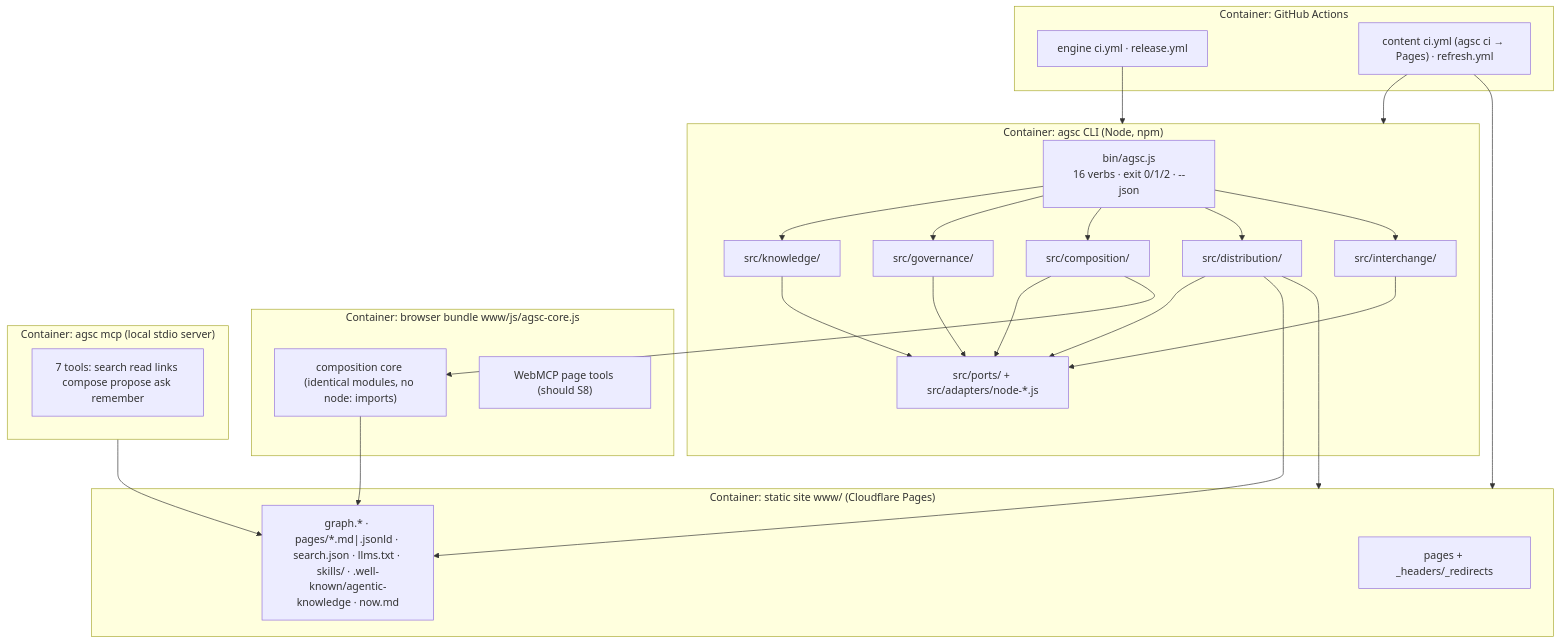
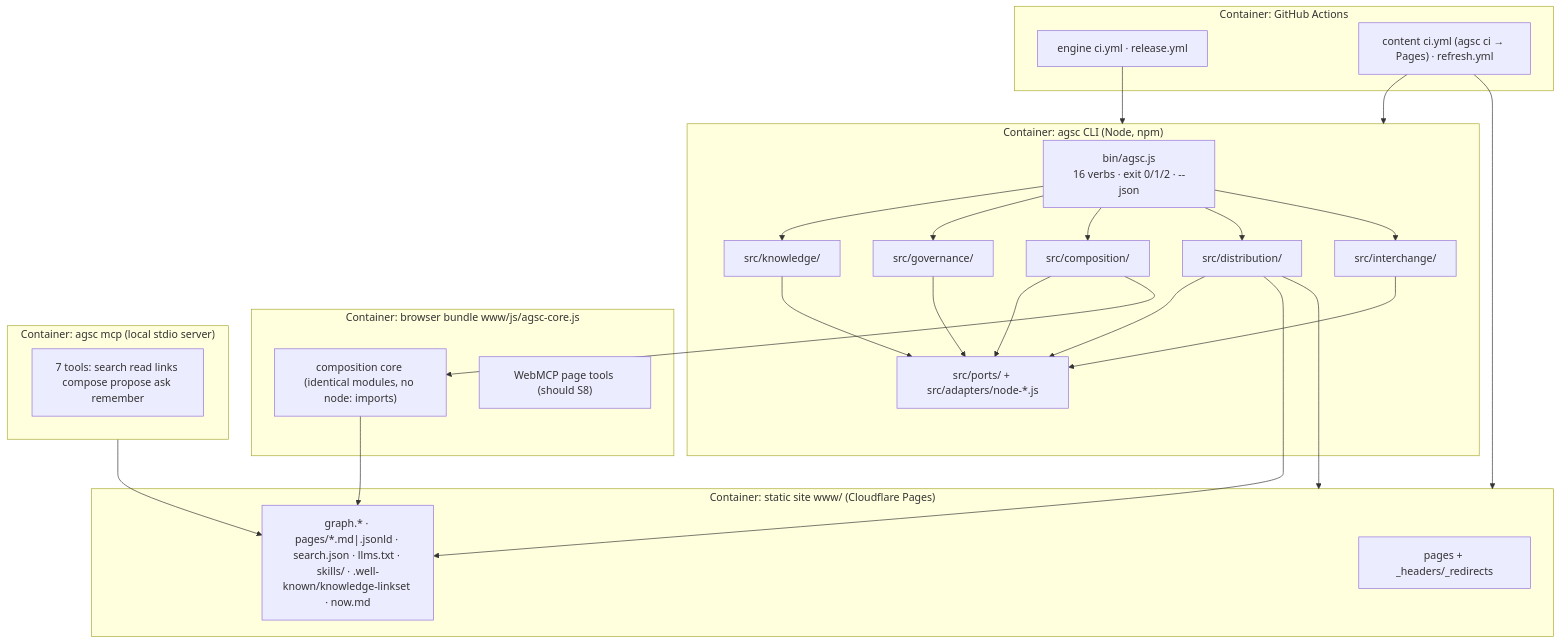
One commit to andreibesleaga/agentic-system-core changed the second of 2 diagrams in docs/PLAN.md. Above: the diagram before and after it, drawn with Mermaid. The commit also changed other lines of this file and 41 other files, not shown here.

````diff
--- a/docs/PLAN.md
+++ b/docs/PLAN.md
@@ -121,37 +121,37 @@
 ```mermaid
 graph TB
   subgraph CLI["Container: agsc CLI (Node, npm)"]
     BIN["bin/agsc.js<br/>16 verbs · exit 0/1/2 · --json"]
     K["src/knowledge/"]
     G["src/governance/"]
     C["src/composition/"]
     D["src/distribution/"]
     I["src/interchange/"]
     P["src/ports/ + src/adapters/node-*.js"]
   end
   subgraph BR["Container: browser bundle www/js/agsc-core.js"]
     CB["composition core (identical modules, no node: imports)"]
     WM["WebMCP page tools (should S8)"]
   end
   subgraph MCP["Container: agsc mcp (local stdio server)"]
     T["7 tools: search read links compose propose ask remember"]
   end
   subgraph CI["Container: GitHub Actions"]
     CIY["engine ci.yml · release.yml"]
     CTY["content ci.yml (agsc ci → Pages) · refresh.yml"]
   end
   subgraph ST["Container: static site www/ (Cloudflare Pages)"]
     HTML["pages + _headers/_redirects"]
-    MACH["graph.* · pages/*.md|.jsonld · search.json · llms.txt · skills/ · .well-known/agentic-knowledge · now.md"]
+    MACH["graph.* · pages/*.md|.jsonld · search.json · llms.txt · skills/ · .well-known/knowledge-linkset · now.md"]
   end
   BIN --> K & G & C & D & I
   K & G & C & D & I --> P
   D --> ST
   C --> CB
   D --> MACH
   MCP --> MACH
   CB --> MACH
   CIY --> CLI
   CTY --> CLI
   CTY --> ST
 ```
````
